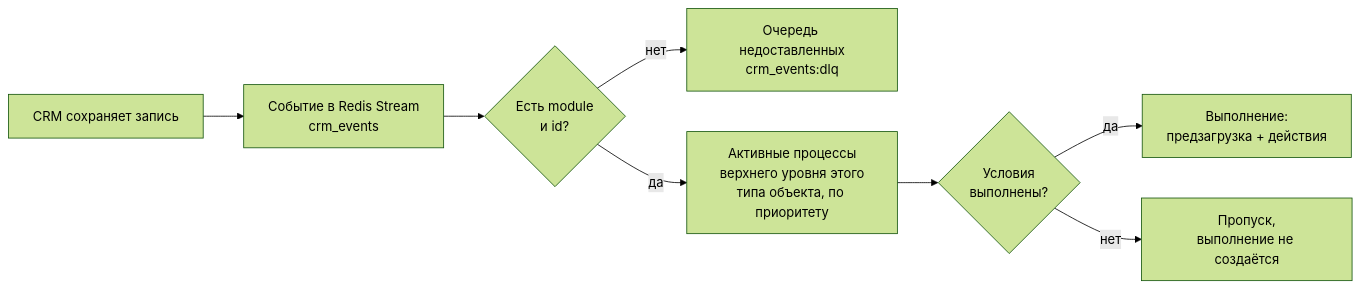
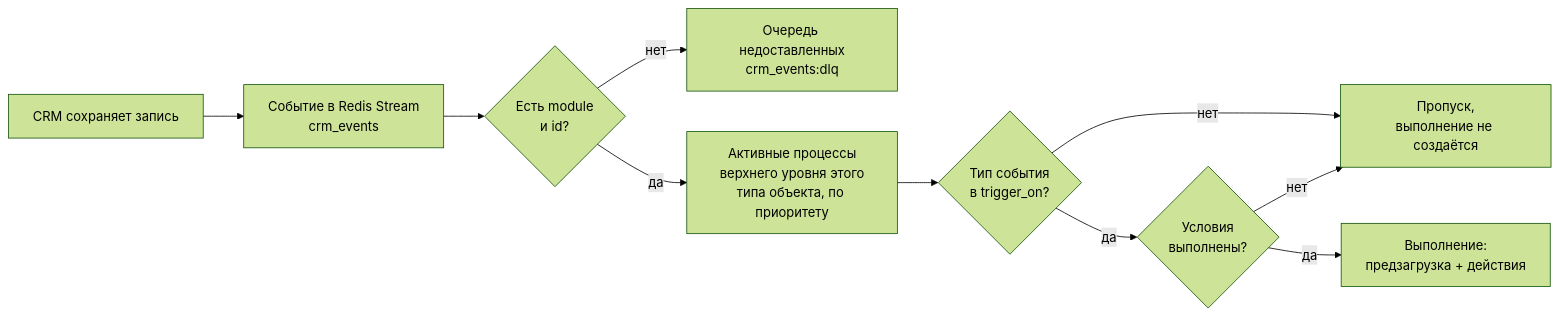
The diagram in doc/ru/03-user-guide/triggers-and-conditions.md (madarch-labs/Workflow-Processing-Service), drawn with Mermaid (forest theme) before and after one commit. The commit also changed other lines of this file and 470 other files, not shown here.

````diff
--- a/doc/ru/03-user-guide/triggers-and-conditions.md
+++ b/doc/ru/03-user-guide/triggers-and-conditions.md
@@ -11,10 +11,12 @@
 ```mermaid
 flowchart LR
     A[CRM сохраняет запись] --> B[Событие в Redis Stream<br/>crm_events]
     B --> C{Есть module<br/>и id?}
     C -- нет --> D[Очередь недоставленных<br/>crm_events:dlq]
     C -- да --> E[Активные процессы<br/>верхнего уровня этого<br/>типа объекта, по приоритету]
-    E --> F{Условия<br/>выполнены?}
+    E --> T{Тип события<br/>в trigger_on?}
+    T -- нет --> H
+    T -- да --> F{Условия<br/>выполнены?}
     F -- да --> G[Выполнение:<br/>предзагрузка + действия]
     F -- нет --> H[Пропуск,<br/>выполнение не создаётся]
 ```
````
